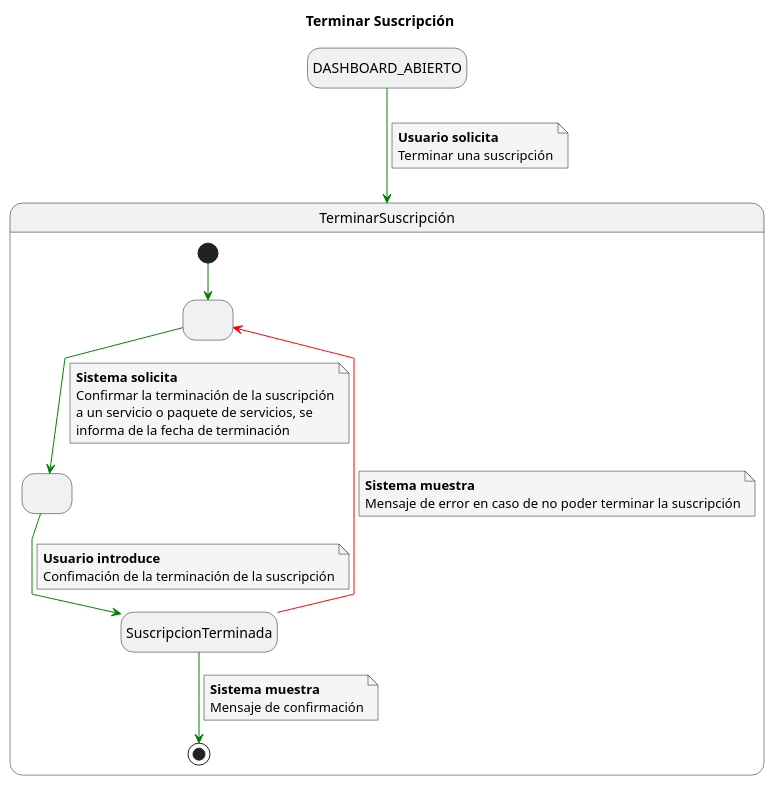
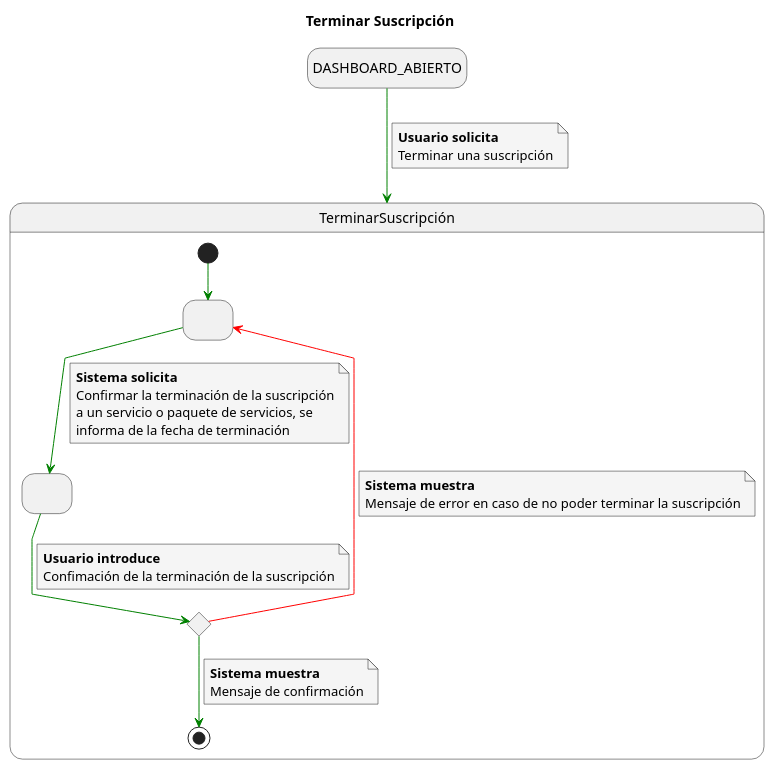
One commit to mmasias/23-24-IdSw1-SDR changed the diagram in Caso_de_Uso/Casos_de_Uso/Usuarios/Egresado/CRD_Suscripción/Terminar_Suscripción/Caso_de_Uso.puml. Above: the diagram before and after it, drawn with PlantUML. The commit also changed 7 other files, not shown here.

```diff
--- a/Caso_de_Uso/Casos_de_Uso/Usuarios/Egresado/CRD_Suscripción/Terminar_Suscripción/Caso_de_Uso.puml
+++ b/Caso_de_Uso/Casos_de_Uso/Usuarios/Egresado/CRD_Suscripción/Terminar_Suscripción/Caso_de_Uso.puml
@@ -1,48 +1,49 @@
 @startuml
 skinparam defaultFontName Arial
 skinparam NoteBackgroundColor #whiteSmoke
 skinparam ArrowColor #green
 skinparam Linetype polyline
 top to bottom direction
 
 hide empty description
 title Terminar Suscripción
 
 skinparam defaultFontName Arial
 top to bottom direction
 
 DASHBOARD_ABIERTO -down-> TerminarSuscripción
 note on link
 <b>Usuario solicita</b>
 Terminar una suscripción
 end note
 
 state TerminarSuscripción{
   state 1 as " "
   state 2 as " "
+  state 3 <<choice>>
   [*] --> 1
   1 --> 2
   note on link
   <b>Sistema solicita</b>
   Confirmar la terminación de la suscripción
   a un servicio o paquete de servicios, se
   informa de la fecha de terminación
   end note
-  2 --> SuscripcionTerminada
+  2 --> 3
   note on link
   <b>Usuario introduce</b>
   Confimación de la terminación de la suscripción
   end note
-  SuscripcionTerminada -[#red]-> 1
+  3 -[#red]-> 1
   note on link
   <b>Sistema muestra</b>
   Mensaje de error en caso de no poder terminar la suscripción
   end note
-  SuscripcionTerminada --> [*]
+  3 --> [*]
   note on link
   <b>Sistema muestra</b>
   Mensaje de confirmación
   end note
 }
 
 @enduml
```
